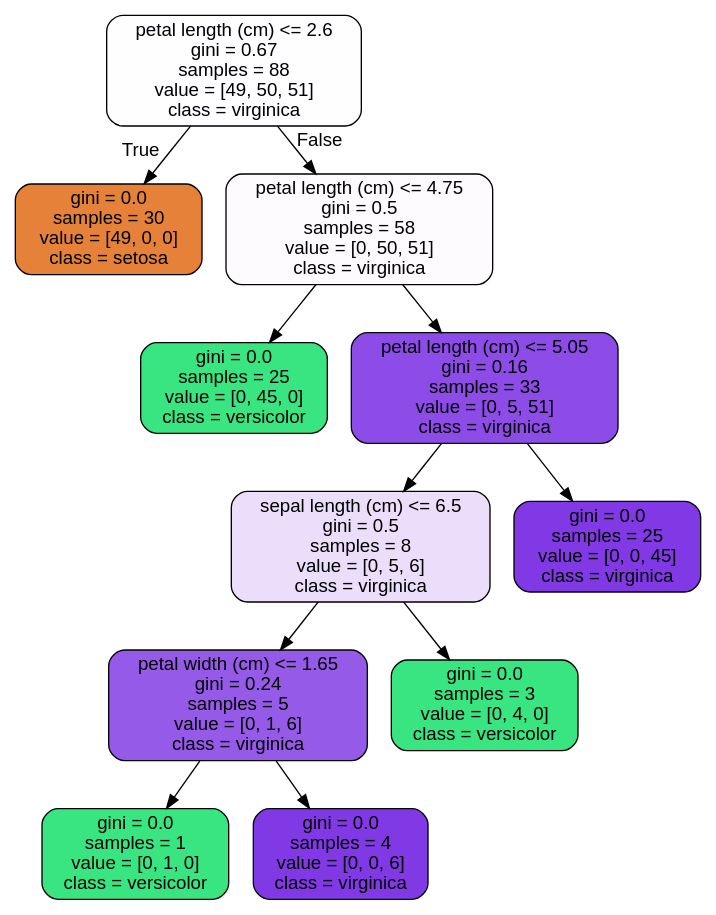
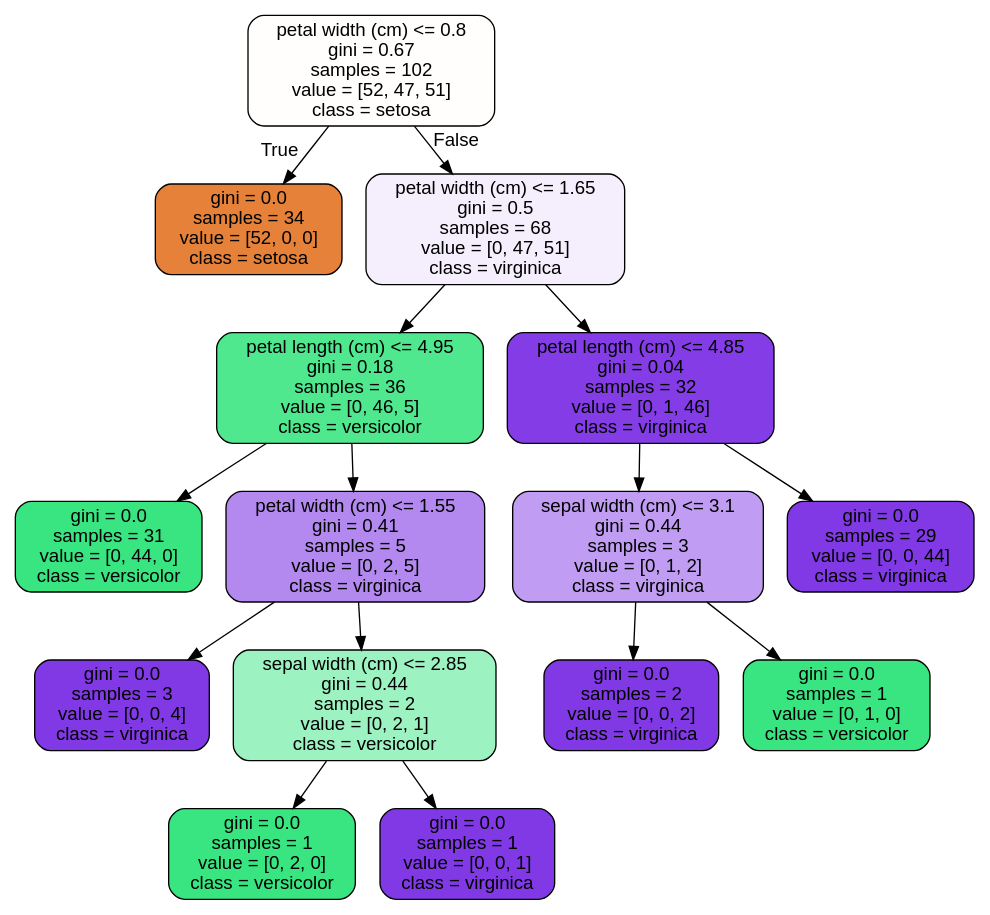
One commit to mendyhsu/Springboard changed the diagram in Unit14_4_Random_Forest_Covid_Case_Study/tree.dot. Above: the diagram before and after it, drawn with Graphviz. The commit also changed 2 other files, not shown here.

```diff
--- a/Unit14_4_Random_Forest_Covid_Case_Study/tree.dot
+++ b/Unit14_4_Random_Forest_Covid_Case_Study/tree.dot
@@ -1,25 +1,33 @@
 digraph Tree {
 node [shape=box, style="filled, rounded", color="black", fontname=helvetica] ;
 edge [fontname=helvetica] ;
-0 [label="petal length (cm) <= 2.6\ngini = 0.67\nsamples = 88\nvalue = [49, 50, 51]\nclass = virginica", fillcolor="#fefdff"] ;
-1 [label="gini = 0.0\nsamples = 30\nvalue = [49, 0, 0]\nclass = setosa", fillcolor="#e58139"] ;
+0 [label="petal width (cm) <= 0.8\ngini = 0.67\nsamples = 102\nvalue = [52, 47, 51]\nclass = setosa", fillcolor="#fffefd"] ;
+1 [label="gini = 0.0\nsamples = 34\nvalue = [52, 0, 0]\nclass = setosa", fillcolor="#e58139"] ;
 0 -> 1 [labeldistance=2.5, labelangle=45, headlabel="True"] ;
-2 [label="petal length (cm) <= 4.75\ngini = 0.5\nsamples = 58\nvalue = [0, 50, 51]\nclass = virginica", fillcolor="#fdfbfe"] ;
+2 [label="petal width (cm) <= 1.65\ngini = 0.5\nsamples = 68\nvalue = [0, 47, 51]\nclass = virginica", fillcolor="#f5effd"] ;
 0 -> 2 [labeldistance=2.5, labelangle=-45, headlabel="False"] ;
-3 [label="gini = 0.0\nsamples = 25\nvalue = [0, 45, 0]\nclass = versicolor", fillcolor="#39e581"] ;
+3 [label="petal length (cm) <= 4.95\ngini = 0.18\nsamples = 36\nvalue = [0, 46, 5]\nclass = versicolor", fillcolor="#4fe88f"] ;
 2 -> 3 ;
-4 [label="petal length (cm) <= 5.05\ngini = 0.16\nsamples = 33\nvalue = [0, 5, 51]\nclass = virginica", fillcolor="#8d4ce8"] ;
-2 -> 4 ;
-5 [label="sepal length (cm) <= 6.5\ngini = 0.5\nsamples = 8\nvalue = [0, 5, 6]\nclass = virginica", fillcolor="#eadefb"] ;
-4 -> 5 ;
-6 [label="petal width (cm) <= 1.65\ngini = 0.24\nsamples = 5\nvalue = [0, 1, 6]\nclass = virginica", fillcolor="#965ae9"] ;
+4 [label="gini = 0.0\nsamples = 31\nvalue = [0, 44, 0]\nclass = versicolor", fillcolor="#39e581"] ;
+3 -> 4 ;
+5 [label="petal width (cm) <= 1.55\ngini = 0.41\nsamples = 5\nvalue = [0, 2, 5]\nclass = virginica", fillcolor="#b388ef"] ;
+3 -> 5 ;
+6 [label="gini = 0.0\nsamples = 3\nvalue = [0, 0, 4]\nclass = virginica", fillcolor="#8139e5"] ;
 5 -> 6 ;
-7 [label="gini = 0.0\nsamples = 1\nvalue = [0, 1, 0]\nclass = versicolor", fillcolor="#39e581"] ;
-6 -> 7 ;
-8 [label="gini = 0.0\nsamples = 4\nvalue = [0, 0, 6]\nclass = virginica", fillcolor="#8139e5"] ;
-6 -> 8 ;
-9 [label="gini = 0.0\nsamples = 3\nvalue = [0, 4, 0]\nclass = versicolor", fillcolor="#39e581"] ;
-5 -> 9 ;
-10 [label="gini = 0.0\nsamples = 25\nvalue = [0, 0, 45]\nclass = virginica", fillcolor="#8139e5"] ;
-4 -> 10 ;
+7 [label="sepal width (cm) <= 2.85\ngini = 0.44\nsamples = 2\nvalue = [0, 2, 1]\nclass = versicolor", fillcolor="#9cf2c0"] ;
+5 -> 7 ;
+8 [label="gini = 0.0\nsamples = 1\nvalue = [0, 2, 0]\nclass = versicolor", fillcolor="#39e581"] ;
+7 -> 8 ;
+9 [label="gini = 0.0\nsamples = 1\nvalue = [0, 0, 1]\nclass = virginica", fillcolor="#8139e5"] ;
+7 -> 9 ;
+10 [label="petal length (cm) <= 4.85\ngini = 0.04\nsamples = 32\nvalue = [0, 1, 46]\nclass = virginica", fillcolor="#843de6"] ;
+2 -> 10 ;
+11 [label="sepal width (cm) <= 3.1\ngini = 0.44\nsamples = 3\nvalue = [0, 1, 2]\nclass = virginica", fillcolor="#c09cf2"] ;
+10 -> 11 ;
+12 [label="gini = 0.0\nsamples = 2\nvalue = [0, 0, 2]\nclass = virginica", fillcolor="#8139e5"] ;
+11 -> 12 ;
+13 [label="gini = 0.0\nsamples = 1\nvalue = [0, 1, 0]\nclass = versicolor", fillcolor="#39e581"] ;
+11 -> 13 ;
+14 [label="gini = 0.0\nsamples = 29\nvalue = [0, 0, 44]\nclass = virginica", fillcolor="#8139e5"] ;
+10 -> 14 ;
 }
```
